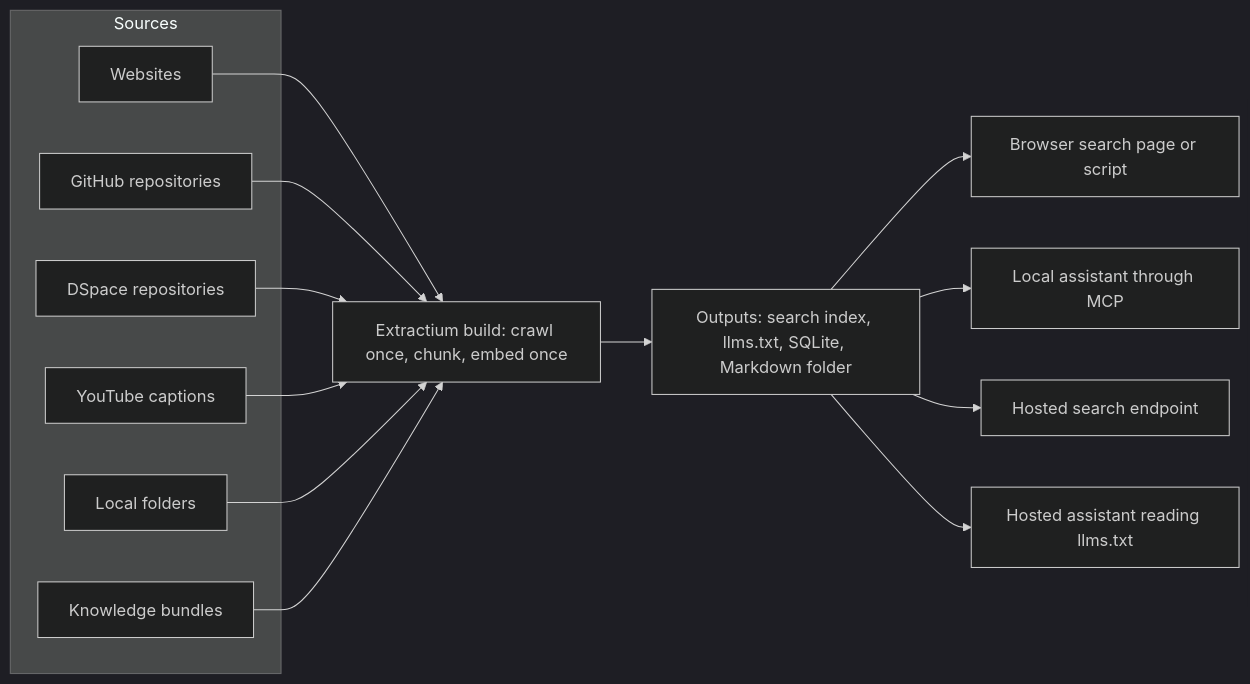
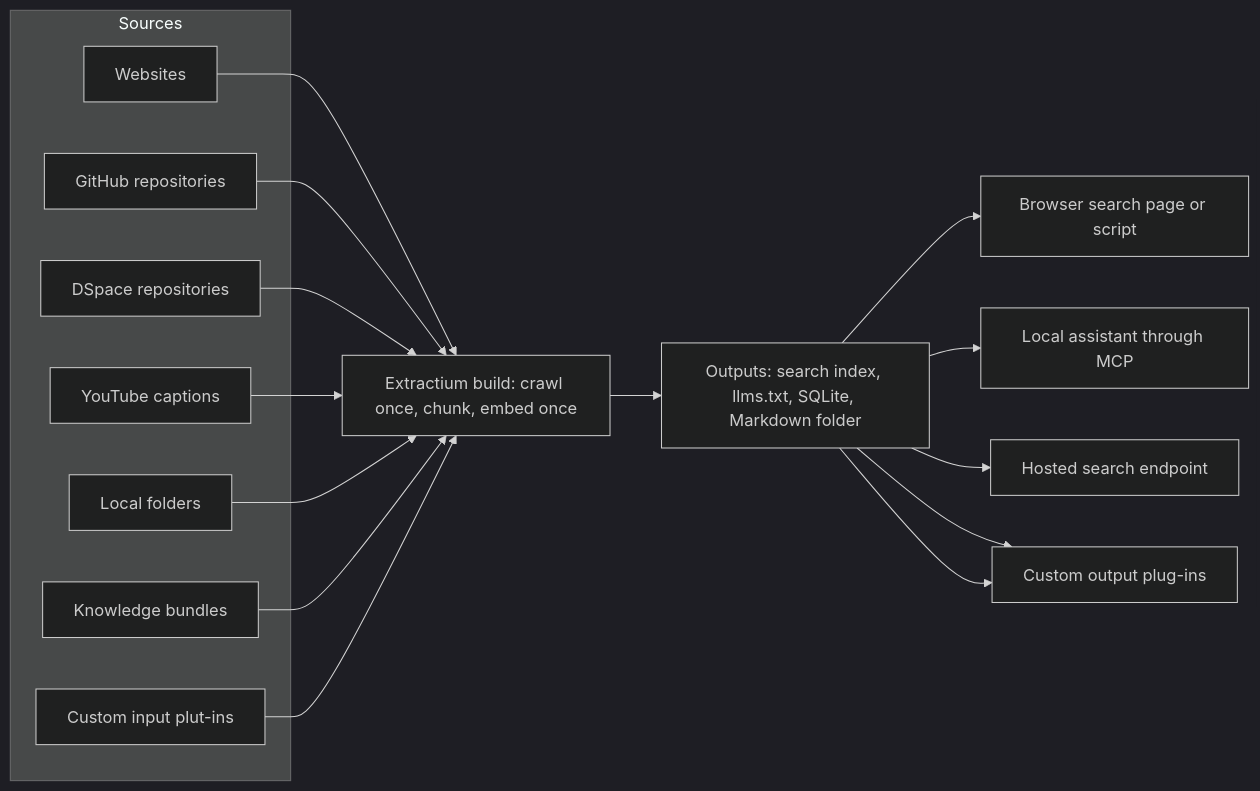
One commit to DepressionCenter/extractium changed the diagram in README.md. Above: the diagram before and after it, drawn with Mermaid (dark theme).

Commit message:
Update README with custom plug-ins
Added custom input plug-ins to the Extractium build process diagram.

````diff
--- a/README.md
+++ b/README.md
@@ -34,17 +34,19 @@
 ```mermaid
 flowchart LR
     subgraph Sources
         W[Websites]
         G[GitHub repositories]
         D[DSpace repositories]
         Y[YouTube captions]
         L[Local folders]
         K[Knowledge bundles]
+        C[Custom input plut-ins]
     end
-    W & G & D & Y & L & K --> E[Extractium build: crawl once, chunk, embed once]
+    W & G & D & Y & L & K & C --> E[Extractium build: crawl once, chunk, embed once]
     E --> O[Outputs: search index, llms.txt, SQLite, Markdown folder]
     O --> B[Browser search page or script]
     O --> M[Local assistant through MCP]
     O --> H[Hosted search endpoint]
     O --> P[Hosted assistant reading llms.txt]
+    O --> P[Custom output plug-ins]
 ```
````
